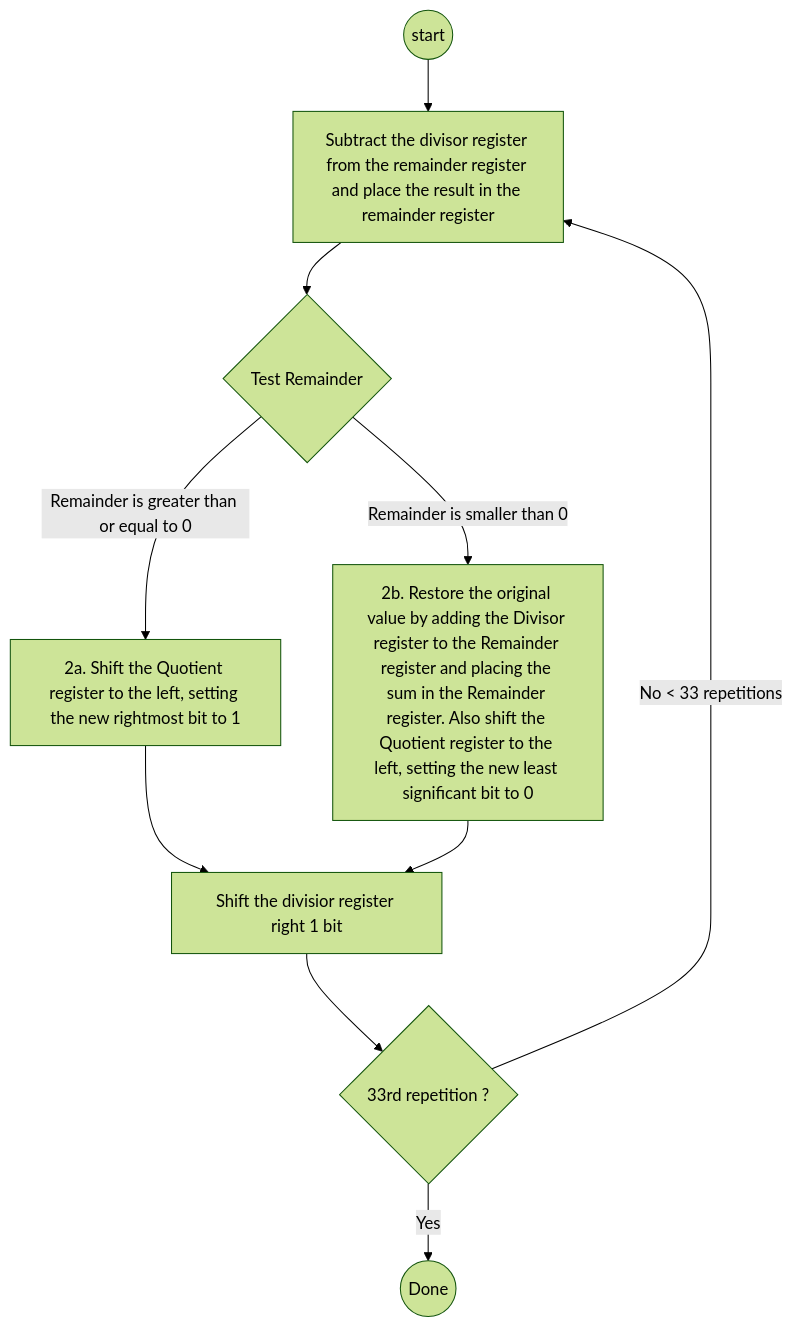
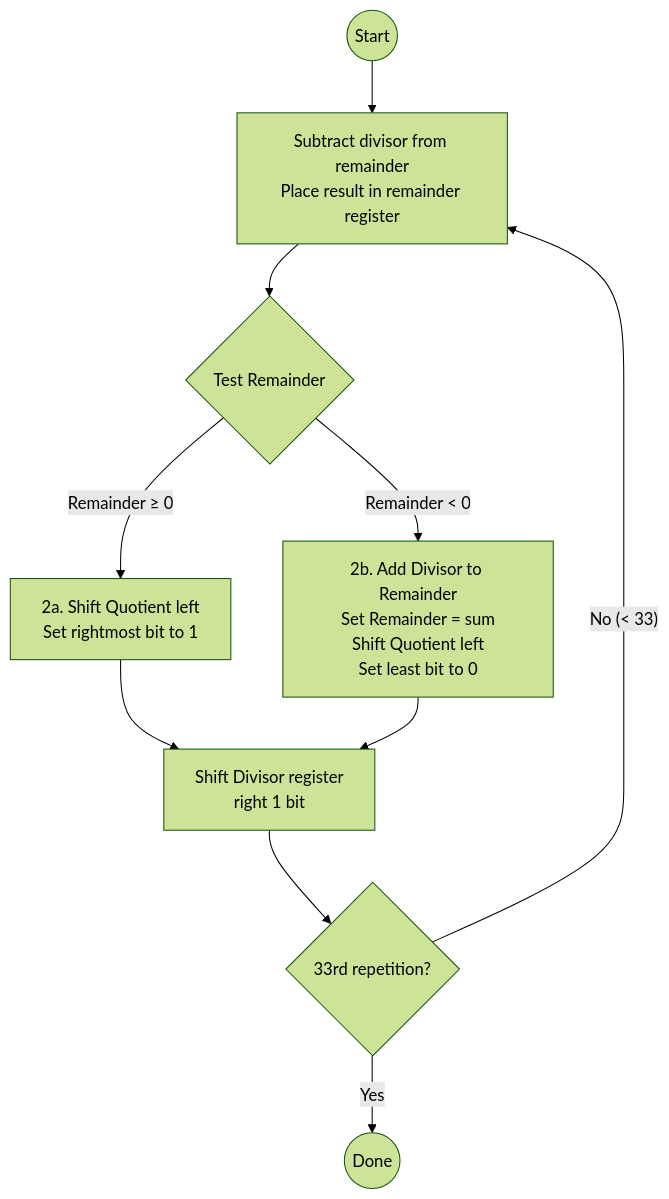
Before and after one commit to HansDavidKim/HansDavidKim.github.io: the diagram in _posts/2025-05-26-divide.md, drawn with Mermaid (forest theme). The commit also changed other lines of this file and 1 other file, not shown here.

Commit message:
Edited flowchart

````diff
--- a/_posts/2025-05-26-divide.md
+++ b/_posts/2025-05-26-divide.md
@@ -20,12 +20,15 @@
-```mermaid
+<div class="mermaid">
 flowchart TD
-	start((start)) --> A[Subtract the divisor register from the remainder register and place the result in the remainder register]
-	A --> B{Test Remainder}
-	B -- Remainder is greater than or equal to 0 --> C[2a. Shift the Quotient register to the left, setting the new rightmost bit to 1]
-	B -- Remainder is smaller than 0 --> D[2b. Restore the original value by adding the Divisor register to the Remainder register and placing the sum in the Remainder register. Also shift the Quotient register to the left, setting the new least significant bit to 0]
-	C --> E[Shift the divisior register right 1 bit]
-	D --> E
-	E --> F{33rd repetition ?}
-	F -- No < 33 repetitions --> A
-	F -- Yes --> Done((Done))
-```
+    start((Start)) --> A[Subtract divisor from remainder<br/>Place result in remainder register]
+    A --> B{Test Remainder}
+    
+    B -- Remainder ≥ 0 --> C[2a. Shift Quotient left<br/>Set rightmost bit to 1]
+    B -- Remainder < 0 --> D[2b. Add Divisor to Remainder<br/>Set Remainder = sum<br/>Shift Quotient left<br/>Set least bit to 0]
+    
+    C --> E[Shift Divisor register<br/>right 1 bit]
+    D --> E
+    
+    E --> F{33rd repetition?}
+    F -- No (< 33) --> A
+    F -- Yes --> Done((Done))
+</div>
````
